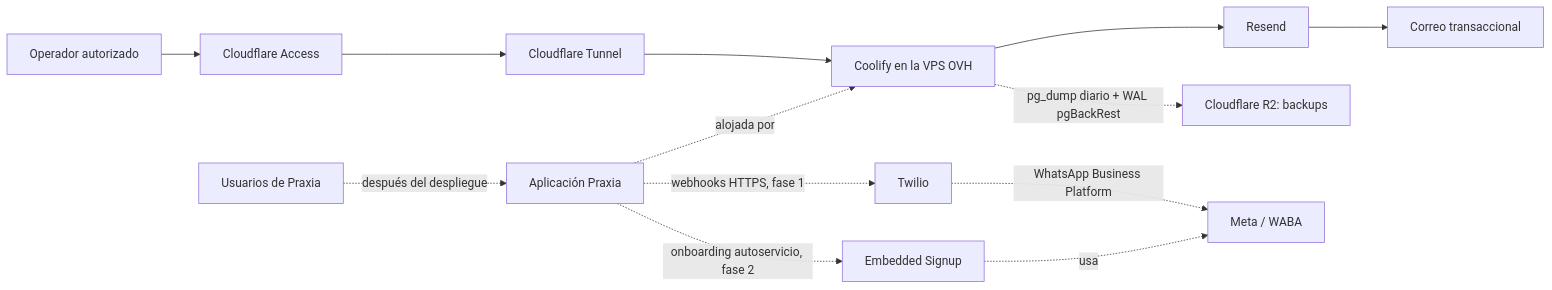
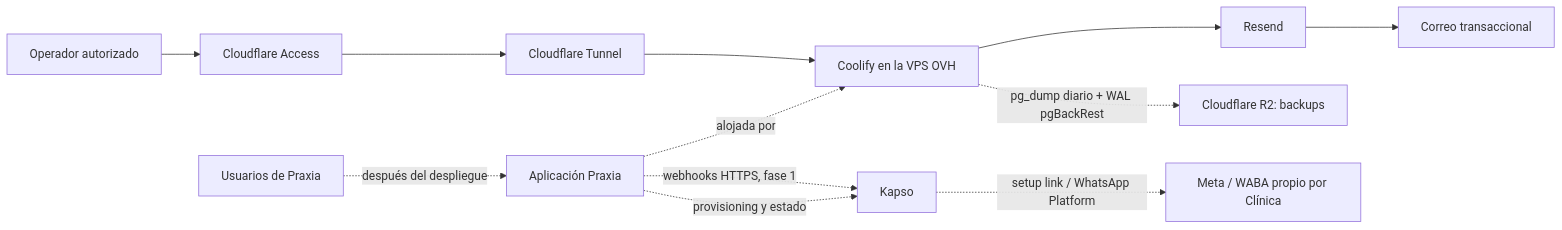
One commit to Kikeagv/apollo changed the diagram in docs/infrastructure/estado-infraestructura-produccion-2026-08-17.md. Above: the diagram before and after it, drawn with Mermaid. The commit also changed other lines of this file and 14 other files, not shown here.

````diff
--- a/docs/infrastructure/estado-infraestructura-produccion-2026-08-17.md
+++ b/docs/infrastructure/estado-infraestructura-produccion-2026-08-17.md
@@ -44,16 +44,15 @@
 ```mermaid
 flowchart LR
     A[Operador autorizado] --> CF[Cloudflare Access]
     CF --> T[Cloudflare Tunnel]
     T --> C[Coolify en la VPS OVH]
     C --> R[Resend]
     R --> M[Correo transaccional]
 
     U[Usuarios de Praxia] -. después del despliegue .-> APP[Aplicación Praxia]
     APP -. alojada por .-> C
     C -. pg_dump diario + WAL pgBackRest .-> R2[Cloudflare R2: backups]
-    APP -. webhooks HTTPS, fase 1 .-> TW[Twilio]
-    TW -. WhatsApp Business Platform .-> META[Meta / WABA]
-    APP -. onboarding autoservicio, fase 2 .-> ES[Embedded Signup]
-    ES -. usa .-> META
+    APP -. webhooks HTTPS, fase 1 .-> KS[Kapso]
+    KS -. setup link / WhatsApp Platform .-> META[Meta / WABA propio por Clínica]
+    APP -. provisioning y estado .-> KS
 ```
````
